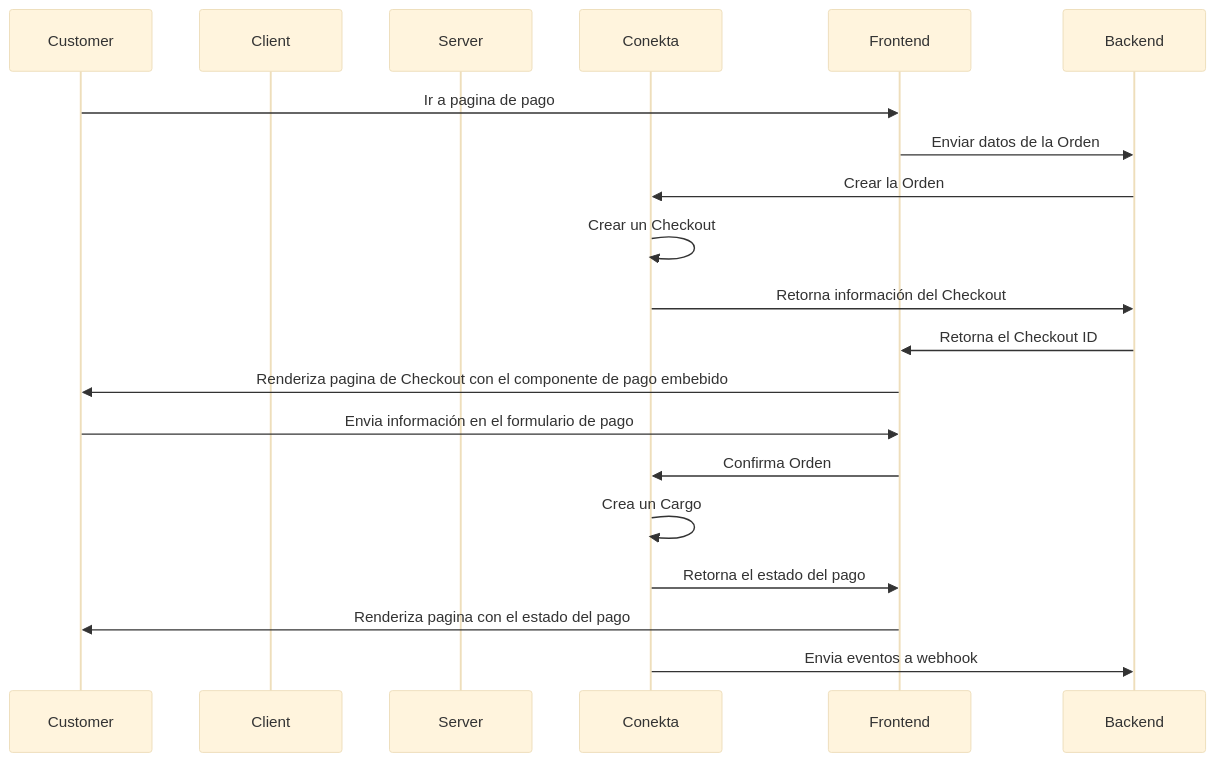
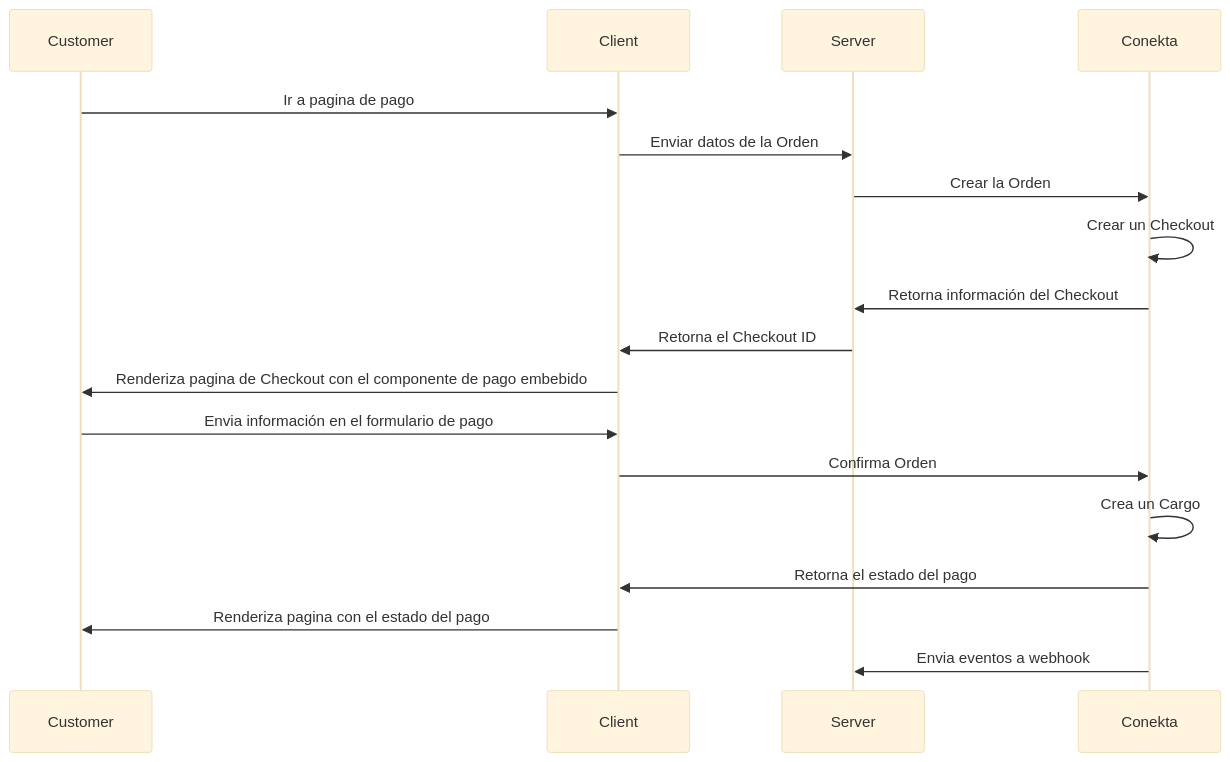
The diagram in payments/online/payment-component/README.md (conekta/tutoriales), drawn with Mermaid (base theme) before and after one commit.

````diff
--- a/payments/online/payment-component/README.md
+++ b/payments/online/payment-component/README.md
@@ -5,22 +5,22 @@
 ```mermaid
 sequenceDiagram
 
 	participant Customer
 	participant Client
 	participant Server
 	participant Conekta
 	
-	Customer->>Frontend: Ir a pagina de pago
-	Frontend->>Backend: Enviar datos de la Orden
-	Backend->>Conekta: Crear la Orden
+	Customer->>Client: Ir a pagina de pago
+	Client->>Server: Enviar datos de la Orden
+	Server->>Conekta: Crear la Orden
 	Conekta->>Conekta: Crear un Checkout
-	Conekta->>Backend: Retorna información del Checkout
-	Backend->>Frontend: Retorna el Checkout ID
-	Frontend->>Customer: Renderiza pagina de Checkout con el componente de pago embebido
-	Customer->>Frontend: Envia información en el formulario de pago
-	Frontend->>Conekta: Confirma Orden
+	Conekta->>Server: Retorna información del Checkout
+	Server->>Client: Retorna el Checkout ID
+	Client->>Customer: Renderiza pagina de Checkout con el componente de pago embebido
+	Customer->>Client: Envia información en el formulario de pago
+	Client->>Conekta: Confirma Orden
 	Conekta->>Conekta: Crea un Cargo
-	Conekta->>Frontend: Retorna el estado del pago
-	Frontend->>Customer: Renderiza pagina con el estado del pago
-	Conekta->>Backend: Envia eventos a webhook
+	Conekta->>Client: Retorna el estado del pago
+	Client->>Customer: Renderiza pagina con el estado del pago
+	Conekta->>Server: Envia eventos a webhook
 ```
````
